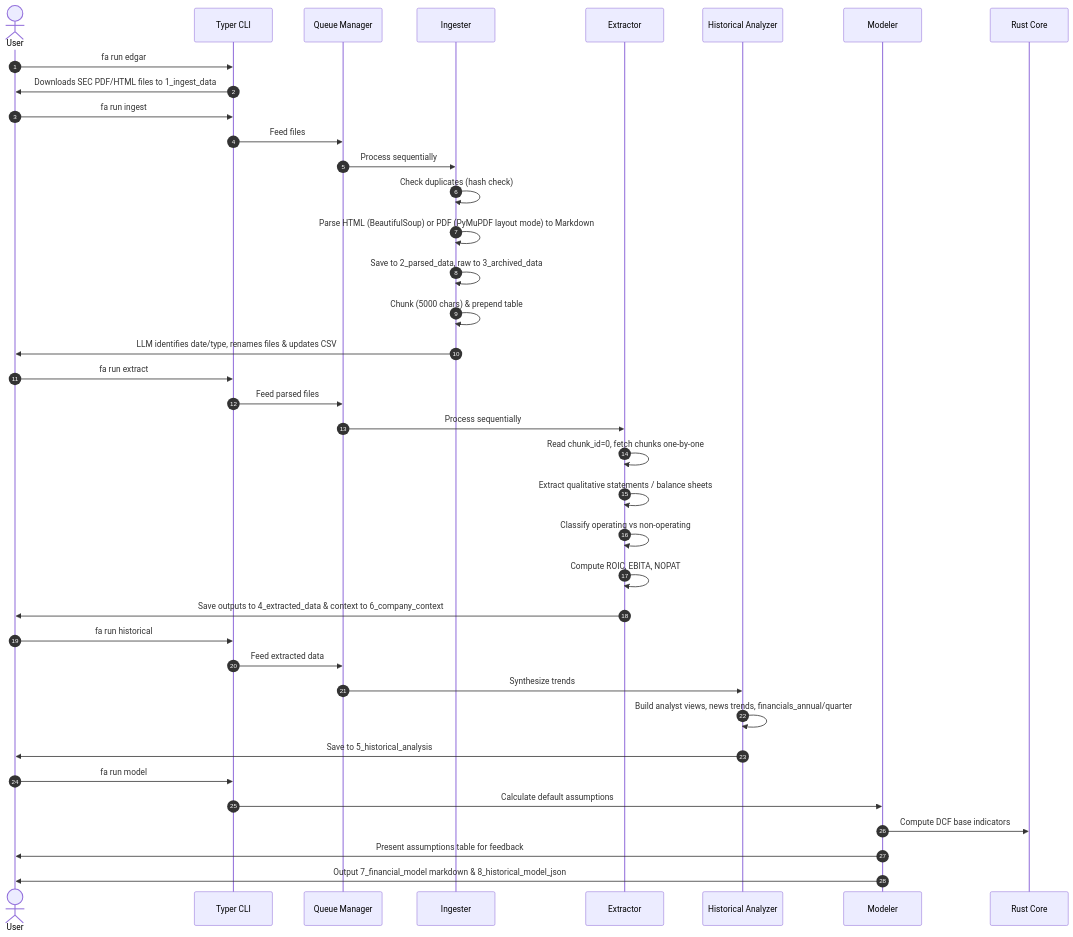
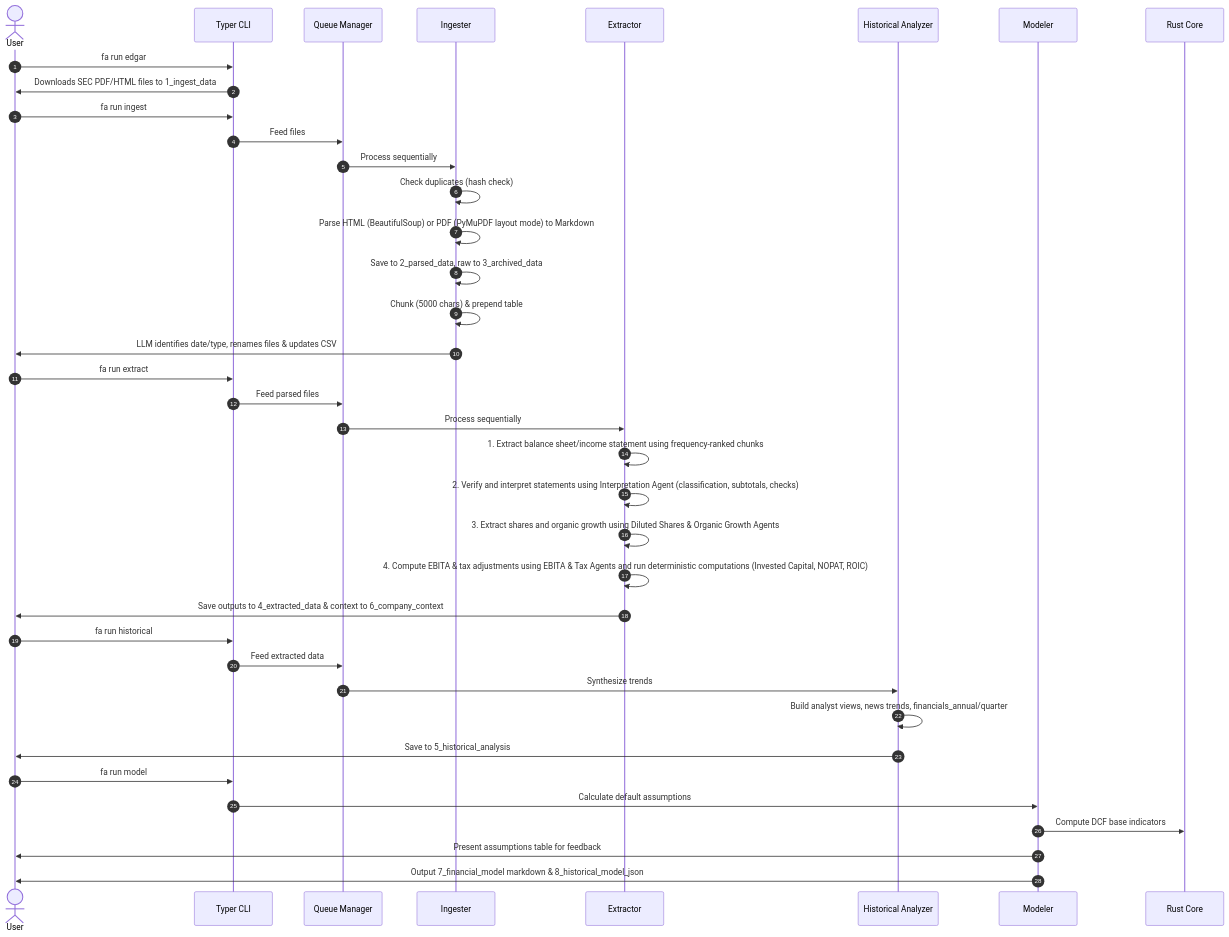
The second of 3 diagrams in docs/architecture.md (Ruinius/financial-analyst-cli), drawn with Mermaid before and after one commit. The commit also changed other lines of this file and 30 other files, not shown here.

````diff
--- a/docs/architecture.md
+++ b/docs/architecture.md
@@ -93,45 +97,44 @@
 ```mermaid
 sequenceDiagram
     autonumber
     actor User
     participant CLI as Typer CLI
     participant Queue as Queue Manager
     participant Ingest as Ingester
     participant Extract as Extractor
     participant Hist as Historical Analyzer
     participant Model as Modeler
     participant Rust as Rust Core
 
     User->>CLI: fa run edgar
     CLI->>User: Downloads SEC PDF/HTML files to 1_ingest_data
 
     User->>CLI: fa run ingest
     CLI->>Queue: Feed files
     Queue->>Ingest: Process sequentially
     Ingest->>Ingest: Check duplicates (hash check)
     Ingest->>Ingest: Parse HTML (BeautifulSoup) or PDF (PyMuPDF layout mode) to Markdown
     Ingest->>Ingest: Save to 2_parsed_data, raw to 3_archived_data
     Ingest->>Ingest: Chunk (5000 chars) & prepend table
     Ingest->>User: LLM identifies date/type, renames files & updates CSV
 
     User->>CLI: fa run extract
     CLI->>Queue: Feed parsed files
     Queue->>Extract: Process sequentially
-    Extract->>Extract: Read chunk_id=0, fetch chunks one-by-one
-    Extract->>Extract: Extract qualitative statements / balance sheets
-    Extract->>Extract: Classify operating vs non-operating
-    Extract->>Extract: Compute ROIC, EBITA, NOPAT
+    Extract->>Extract: 1. Extract balance sheet/income statement using frequency-ranked chunks
+    Extract->>Extract: 2. Verify and interpret statements using Interpretation Agent (classification, subtotals, checks)
+    Extract->>Extract: 3. Extract shares and organic growth using Diluted Shares & Organic Growth Agents
+    Extract->>Extract: 4. Compute EBITA & tax adjustments using EBITA & Tax Agents and run deterministic computations (Invested Capital, NOPAT, ROIC)
     Extract->>User: Save outputs to 4_extracted_data & context to 6_company_context
-
     User->>CLI: fa run historical
     CLI->>Queue: Feed extracted data
     Queue->>Hist: Synthesize trends
     Hist->>Hist: Build analyst views, news trends, financials_annual/quarter
     Hist->>User: Save to 5_historical_analysis
 
     User->>CLI: fa run model
     CLI->>Model: Calculate default assumptions
     Model->>Rust: Compute DCF base indicators
     Model->>User: Present assumptions table for feedback
     Model->>User: Output 7_financial_model markdown & 8_historical_model_json
 ```
````
